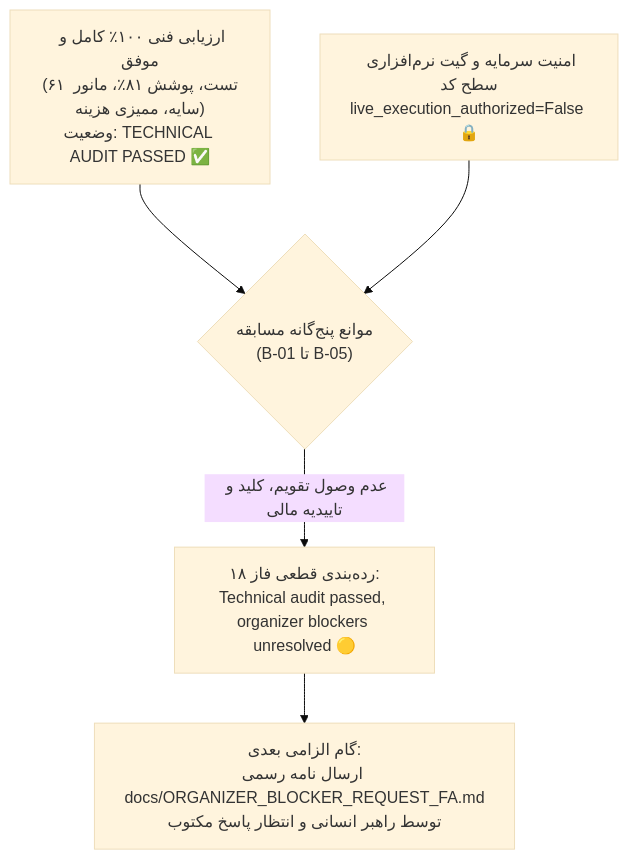
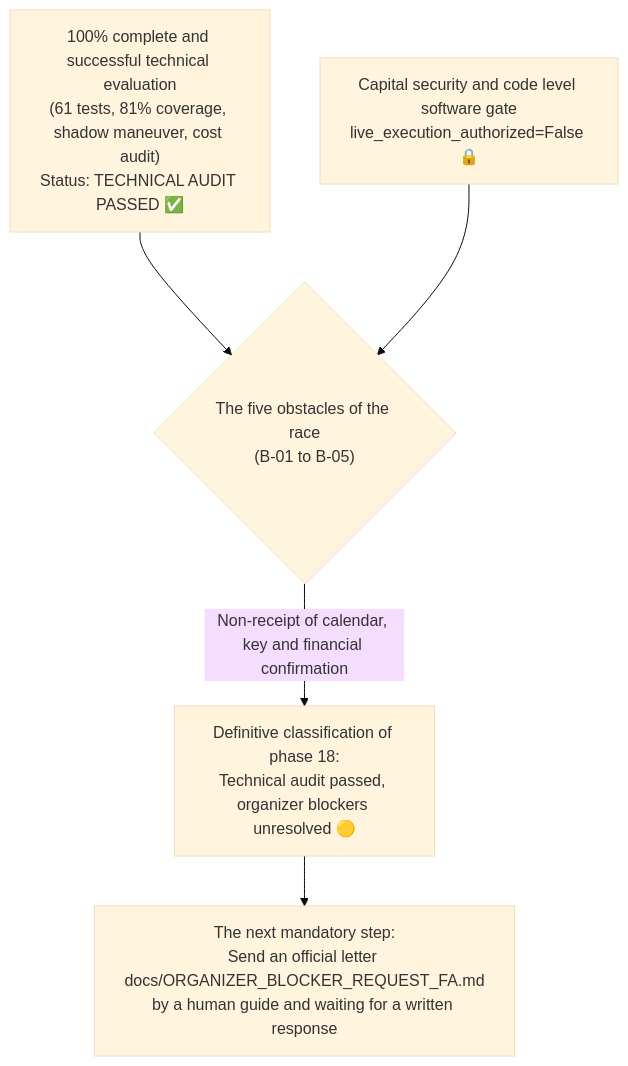
The diagram in docs/PHASE18_FINAL_AUTHORIZATION_GATE.md (AliFazelniya/wallextrade), drawn with Mermaid (base theme) before and after one commit. The commit also changed other lines of this file and 81 other files, not shown here.

````diff
--- a/docs/PHASE18_FINAL_AUTHORIZATION_GATE.md
+++ b/docs/PHASE18_FINAL_AUTHORIZATION_GATE.md
@@ -25,7 +25,7 @@
 ```mermaid
 flowchart TD
-    A["ارزیابی فنی ۱۰۰٪ کامل و موفق\n(۶۱ تست، پوشش ۸۱٪، مانور سایه، ممیزی هزینه)\nوضعیت: TECHNICAL AUDIT PASSED ✅"] --> C{"موانع پنج‌گانه مسابقه\n(B-01 تا B-05)"}
-    B["امنیت سرمایه و گیت نرم‌افزاری سطح کد\nlive_execution_authorized=False 🔒"] --> C
-    C -- "عدم وصول تقویم، کلید و تاییدیه مالی" --> D["رده‌بندی قطعی فاز ۱۸:\nTechnical audit passed, organizer blockers unresolved 🟡"]
-    D --> E["گام الزامی بعدی:\nارسال نامه رسمی docs/ORGANIZER_BLOCKER_REQUEST_FA.md\nتوسط راهبر انسانی و انتظار پاسخ مکتوب"]
+    A["100% complete and successful technical evaluation\n(61 tests, 81% coverage, shadow maneuver, cost audit)\nStatus: TECHNICAL AUDIT PASSED ✅"] --> C{"The five obstacles of the race\n(B-01 to B-05)"}
+    B["Capital security and code level software gate\nlive_execution_authorized=False 🔒"] --> C
+    C -- "Non-receipt of calendar, key and financial confirmation" --> D["Definitive classification of phase 18:\nTechnical audit passed, organizer blockers unresolved 🟡"]
+    D --> E["The next mandatory step:\nSend an official letter docs/ORGANIZER_BLOCKER_REQUEST_FA.md\nby a human guide and waiting for a written response"]
 ```
````
